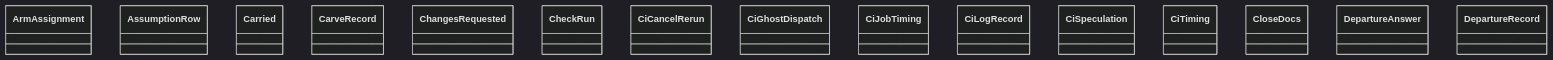
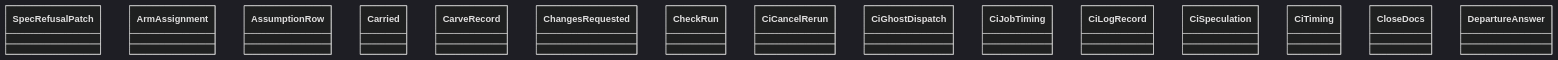
Before and after one commit to GonzaloZevallos/agentic-system: the diagram in docs/architecture/generated/classes-process-domain-state-4.md, drawn with Mermaid (dark theme). The commit also changed other lines of this file and 9 other files, not shown here.

Commit message:
Register spec_draft in the type-checked files and regenerate the architecture docs

````diff
--- a/docs/architecture/generated/classes-process-domain-state-4.md
+++ b/docs/architecture/generated/classes-process-domain-state-4.md
@@ -30,18 +30,18 @@
 ```mermaid
 classDiagram
+    class spec_route__SpecRefusalPatch["SpecRefusalPatch"]
     class task__ArmAssignment["ArmAssignment"]
     class task__AssumptionRow["AssumptionRow"]
     class task__Carried["Carried"]
     class task__CarveRecord["CarveRecord"]
     class task__ChangesRequested["ChangesRequested"]
     class task__CheckRun["CheckRun"]
     class task__CiCancelRerun["CiCancelRerun"]
     class task__CiGhostDispatch["CiGhostDispatch"]
     class task__CiJobTiming["CiJobTiming"]
     class task__CiLogRecord["CiLogRecord"]
     class task__CiSpeculation["CiSpeculation"]
     class task__CiTiming["CiTiming"]
     class task__CloseDocs["CloseDocs"]
     class task__DepartureAnswer["DepartureAnswer"]
-    class task__DepartureRecord["DepartureRecord"]
 ```
````
